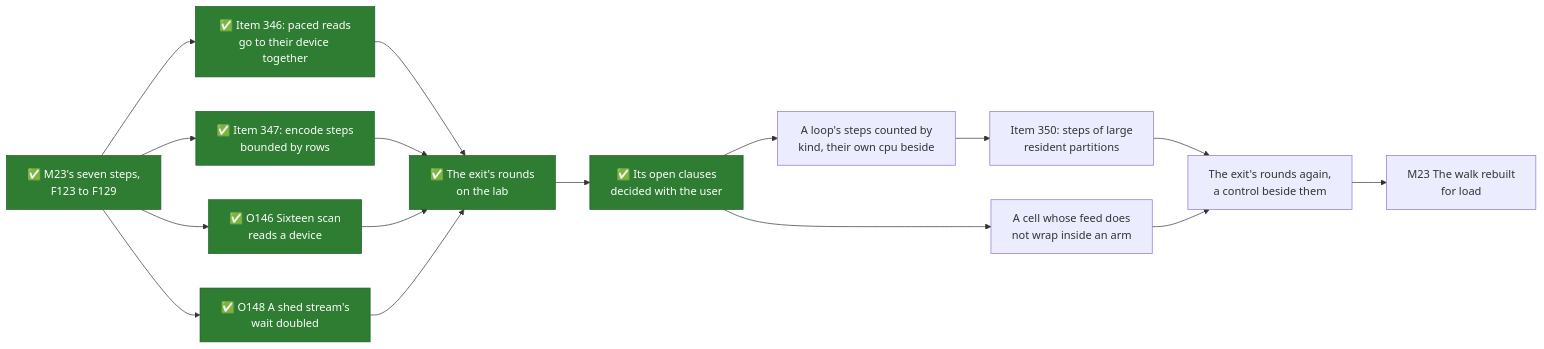
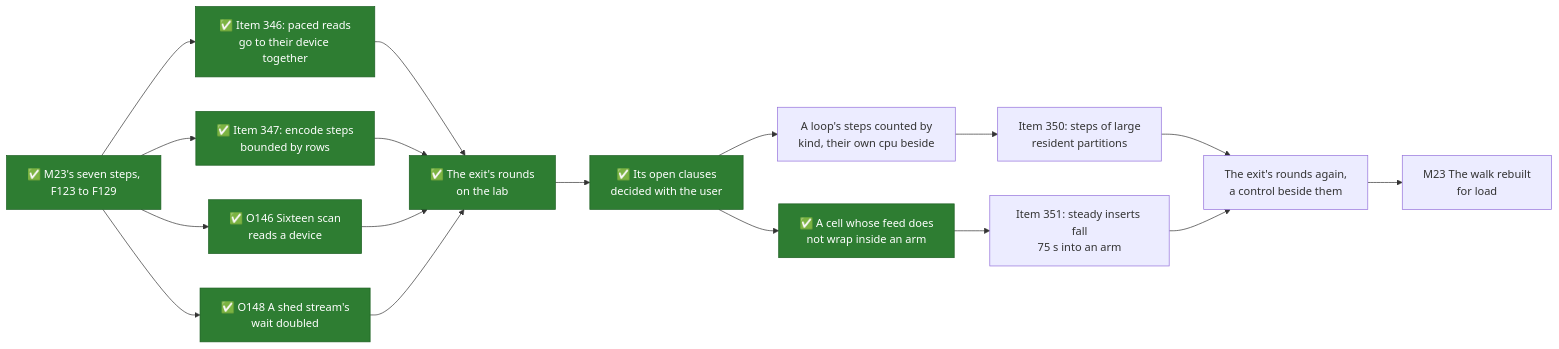
The third of 5 diagrams in docs/src/future-work/scans/whats-left-todo.md (mjcarson/shoal), drawn with Mermaid before and after one commit. The commit also changed other lines of this file and 15 other files, not shown here.

First line of the commit message:
docs(scans): the cell for M23's rounds again checked on the lab, and item 351 filed

````diff
--- a/docs/src/future-work/scans/whats-left-todo.md
+++ b/docs/src/future-work/scans/whats-left-todo.md
@@ -142,24 +153,25 @@
 ```mermaid
 flowchart LR
     classDef done fill:#2e7d32,stroke:#1b5e20,color:#ffffff
     Steps["✅ M23's seven steps,<br>F123 to F129"]:::done
     I346["✅ Item 346: paced reads<br>go to their device together"]:::done
     I347["✅ Item 347: encode steps<br>bounded by rows"]:::done
     O146["✅ O146 Sixteen scan<br>reads a device"]:::done
     O148["✅ O148 A shed stream's<br>wait doubled"]:::done
     Exit["✅ The exit's rounds<br>on the lab"]:::done
     Decided["✅ Its open clauses<br>decided with the user"]:::done
     Count["A loop's steps counted by<br>kind, their own cpu beside"]
     I350["Item 350: steps of large<br>resident partitions"]
-    Cell["A cell whose feed does<br>not wrap inside an arm"]
+    Cell["✅ A cell whose feed does<br>not wrap inside an arm"]:::done
+    I351["Item 351: steady inserts fall<br>75 s into an arm"]
     Again["The exit's rounds again,<br>a control beside them"]
     M23["M23 The walk rebuilt<br>for load"]
     Steps --> I346 --> Exit
     Steps --> I347 --> Exit
     Steps --> O146 --> Exit
     Steps --> O148 --> Exit
     Exit --> Decided
     Decided --> Count --> I350 --> Again
-    Decided --> Cell --> Again
+    Decided --> Cell --> I351 --> Again
     Again --> M23
 ```
````
